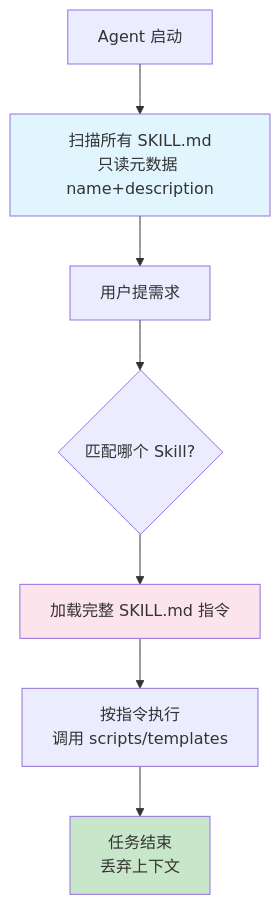
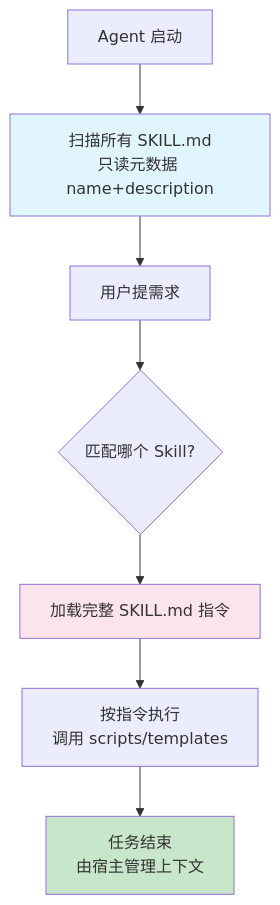
Before and after one commit to GuoWWWX/knowledge-base: the diagram in 10-AI应用开发/05-Agent-MCP-Skills/13-Skills详解.md, drawn with Mermaid. The commit also changed other lines of this file and 251 other files, not shown here.

````diff
--- a/10-AI应用开发/05-Agent-MCP-Skills/13-Skills详解.md
+++ b/10-AI应用开发/05-Agent-MCP-Skills/13-Skills详解.md
@@ -72,13 +72,13 @@
 ```mermaid
 flowchart TD
     A[Agent 启动] --> B[扫描所有 SKILL.md<br/>只读元数据 name+description]
     B --> C[用户提需求]
     C --> D{匹配哪个 Skill?}
     D --> E[加载完整 SKILL.md 指令]
     E --> F[按指令执行<br/>调用 scripts/templates]
-    F --> G[任务结束<br/>丢弃上下文]
+    F --> G[任务结束<br/>由宿主管理上下文]
     
     style B fill:#e1f5ff
     style E fill:#fce4ec
     style G fill:#c8e6c9
 ```
````
